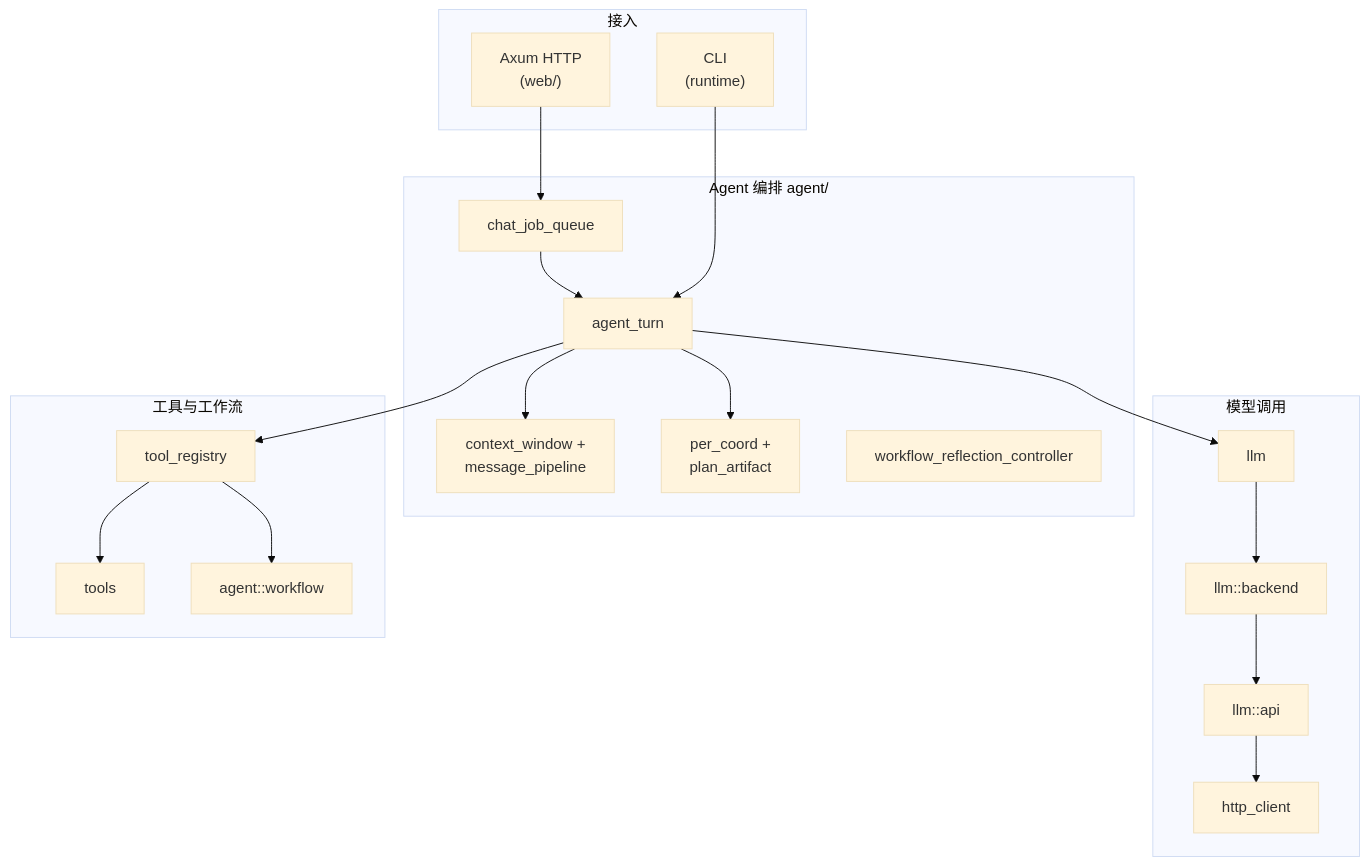
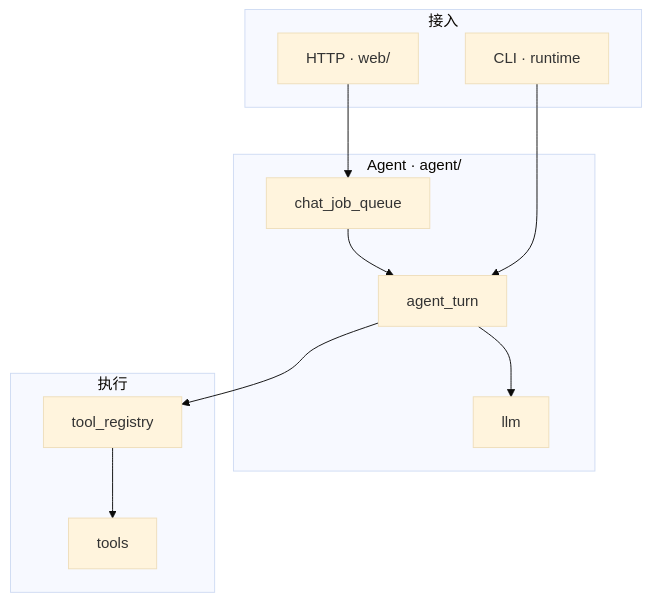
Before and after one commit to noisystreet/CrabMate: the first of 2 diagrams in docs/开发文档.md, drawn with Mermaid (base theme). The commit also changed other lines of this file and 10 other files, not shown here.

First line of the commit message:
docs(dev-guide): 精简架构文档并与英文版同步 / slim architecture docs and sync English DEVELOPMENT

````diff
--- a/docs/开发文档.md
+++ b/docs/开发文档.md
@@ -47,37 +35,20 @@
 ```mermaid
 flowchart TB
   subgraph entry [接入]
-    WEB["Axum HTTP\n(web/)"]
-    CLI["CLI\n(runtime)"]
+    WEB["HTTP · web/"]
+    CLI["CLI · runtime"]
   end
-  subgraph agent [Agent 编排 agent/]
+  subgraph agent [Agent · agent/]
     Q[chat_job_queue]
     AT[agent_turn]
-    CW["context_window +\nmessage_pipeline"]
-    PC["per_coord +\nplan_artifact"]
-    WRC[workflow_reflection_controller]
+    LL[llm]
   end
-  subgraph model [模型调用]
-    HC[http_client]
-    LLM[llm]
-    BE[llm::backend]
-    API[llm::api]
-  end
-  subgraph exec [工具与工作流]
+  subgraph exec [执行]
     TR[tool_registry]
     TS[tools]
-    WF[agent::workflow]
   end
-  WEB --> Q
-  Q --> AT
+  WEB --> Q --> AT
   CLI --> AT
-  AT --> CW
-  AT --> PC
-  AT --> LLM
-  LLM --> BE
-  BE --> API
-  API --> HC
-  AT --> TR
-  TR --> TS
-  TR --> WF
+  AT --> LL
+  AT --> TR --> TS
 ```
````
